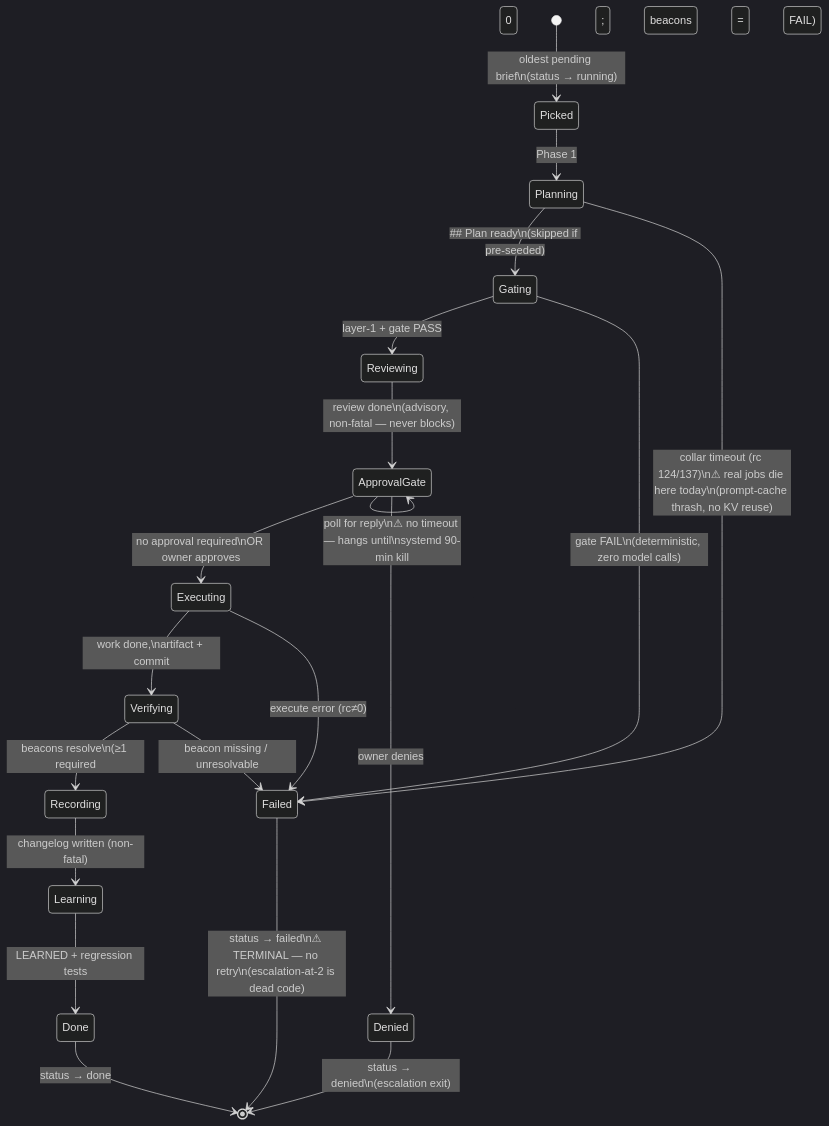
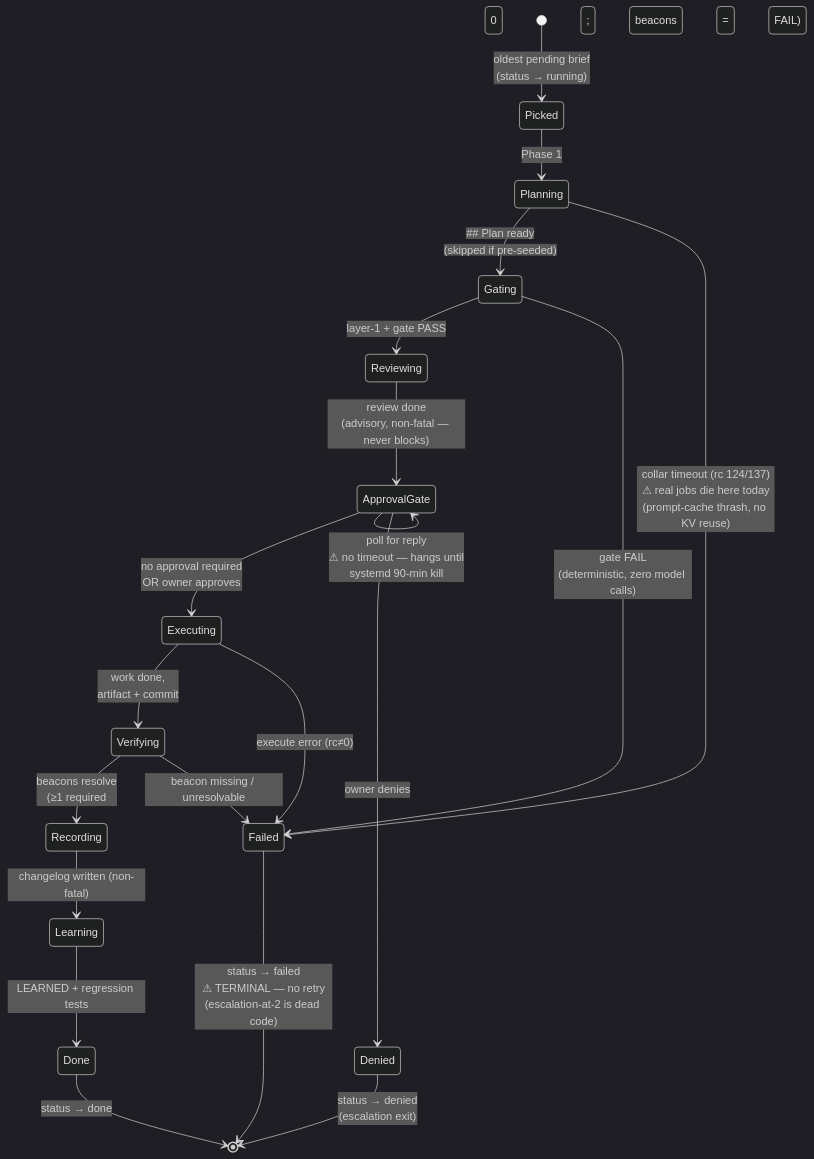
Before and after one commit to gsrunion/flywheel-harness: the diagram in docs/job-lifecycle.md, drawn with Mermaid (dark theme). The commit also changed 2 other files, not shown here.

Commit message:
mermaid: literal \n -> <br/> inside diagram fences (GitHub renderer ignores \n) — scoped to mermaid blocks, prose newlines untouched

````diff
--- a/docs/job-lifecycle.md
+++ b/docs/job-lifecycle.md
@@ -7,30 +7,30 @@
 ```mermaid
 stateDiagram-v2
-    [*] --> Picked: oldest pending brief\n(status → running)
+    [*] --> Picked: oldest pending brief<br/>(status → running)
 
     Picked --> Planning: Phase 1
-    Planning --> Gating: ## Plan ready\n(skipped if pre-seeded)
-    Planning --> Failed: collar timeout (rc 124/137)\n⚠ real jobs die here today\n(prompt-cache thrash, no KV reuse)
+    Planning --> Gating: ## Plan ready<br/>(skipped if pre-seeded)
+    Planning --> Failed: collar timeout (rc 124/137)<br/>⚠ real jobs die here today<br/>(prompt-cache thrash, no KV reuse)
 
     Gating --> Reviewing: layer-1 + gate PASS
-    Gating --> Failed: gate FAIL\n(deterministic, zero model calls)
+    Gating --> Failed: gate FAIL<br/>(deterministic, zero model calls)
 
-    Reviewing --> ApprovalGate: review done\n(advisory, non-fatal — never blocks)
+    Reviewing --> ApprovalGate: review done<br/>(advisory, non-fatal — never blocks)
 
-    ApprovalGate --> Executing: no approval required\nOR owner approves
+    ApprovalGate --> Executing: no approval required<br/>OR owner approves
     ApprovalGate --> Denied: owner denies
-    ApprovalGate --> ApprovalGate: poll for reply\n⚠ no timeout — hangs until\nsystemd 90-min kill
+    ApprovalGate --> ApprovalGate: poll for reply<br/>⚠ no timeout — hangs until<br/>systemd 90-min kill
 
-    Executing --> Verifying: work done,\nartifact + commit
+    Executing --> Verifying: work done,<br/>artifact + commit
     Executing --> Failed: execute error (rc≠0)
 
-    Verifying --> Recording: beacons resolve\n(≥1 required; 0 beacons = FAIL)
+    Verifying --> Recording: beacons resolve<br/>(≥1 required; 0 beacons = FAIL)
     Verifying --> Failed: beacon missing / unresolvable
 
     Recording --> Learning: changelog written (non-fatal)
     Learning --> Done: LEARNED + regression tests
 
     Done --> [*]: status → done
-    Denied --> [*]: status → denied\n(escalation exit)
-    Failed --> [*]: status → failed\n⚠ TERMINAL — no retry\n(escalation-at-2 is dead code)
+    Denied --> [*]: status → denied<br/>(escalation exit)
+    Failed --> [*]: status → failed<br/>⚠ TERMINAL — no retry<br/>(escalation-at-2 is dead code)
 ```
````
